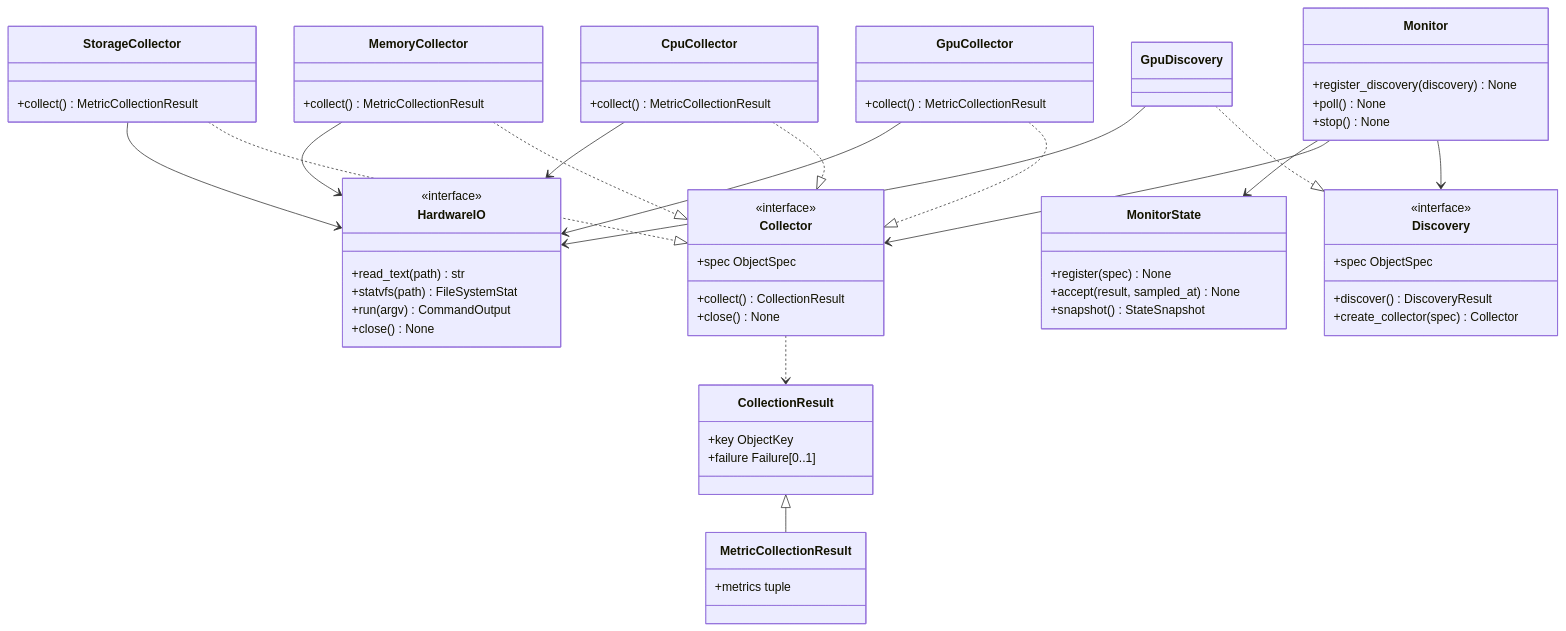
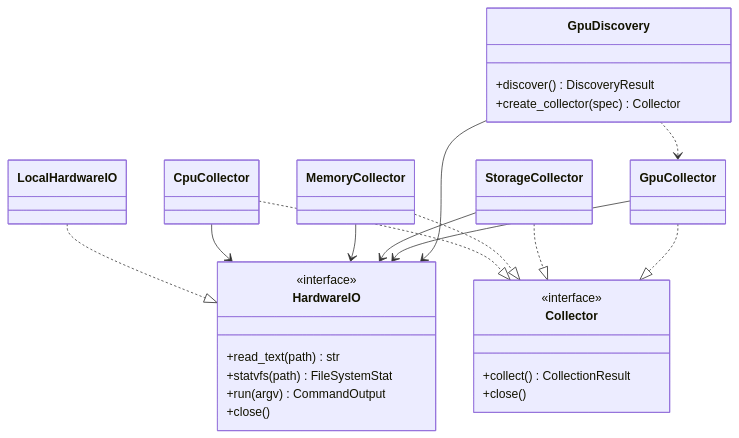
One commit to shawnluxyRE/joi-observer changed the first of 2 diagrams in docs/design/hardware.md. Above: the diagram before and after it, drawn with Mermaid. The commit also changed other lines of this file and 110 other files, not shown here.

````diff
--- a/docs/design/hardware.md
+++ b/docs/design/hardware.md
@@ -19,68 +36,35 @@
 ```mermaid
 classDiagram
-    direction TB
     class HardwareIO {
         <<interface>>
         +read_text(path) str
         +statvfs(path) FileSystemStat
         +run(argv) CommandOutput
-        +close() None
+        +close()
     }
+    class LocalHardwareIO
     class Collector {
         <<interface>>
-        +spec ObjectSpec
         +collect() CollectionResult
-        +close() None
+        +close()
     }
-    class Discovery {
-        <<interface>>
-        +spec ObjectSpec
+    class CpuCollector
+    class MemoryCollector
+    class StorageCollector
+    class GpuCollector
+    class GpuDiscovery {
         +discover() DiscoveryResult
         +create_collector(spec) Collector
     }
-    class GpuDiscovery
-    class GpuCollector {
-        +collect() MetricCollectionResult
-    }
-    class CpuCollector {
-        +collect() MetricCollectionResult
-    }
-    class MemoryCollector {
-        +collect() MetricCollectionResult
-    }
-    class StorageCollector {
-        +collect() MetricCollectionResult
-    }
-    class CollectionResult {
-        +key ObjectKey
-        +failure Failure[0..1]
-    }
-    class MetricCollectionResult {
-        +metrics tuple
-    }
-    class Monitor {
-        +register_discovery(discovery) None
-        +poll() None
-        +stop() None
-    }
-    class MonitorState {
-        +register(spec) None
-        +accept(result, sampled_at) None
-        +snapshot() StateSnapshot
-    }
-    GpuDiscovery ..|> Discovery
-    GpuCollector ..|> Collector
+    LocalHardwareIO ..|> HardwareIO
     CpuCollector ..|> Collector
     MemoryCollector ..|> Collector
     StorageCollector ..|> Collector
-    CollectionResult <|-- MetricCollectionResult
-    Collector ..> CollectionResult
-    GpuDiscovery --> HardwareIO
-    GpuCollector --> HardwareIO
+    GpuCollector ..|> Collector
     CpuCollector --> HardwareIO
     MemoryCollector --> HardwareIO
     StorageCollector --> HardwareIO
-    Monitor --> Discovery
-    Monitor --> Collector
-    Monitor --> MonitorState
+    GpuCollector --> HardwareIO
+    GpuDiscovery --> HardwareIO
+    GpuDiscovery ..> GpuCollector
 ```
````
